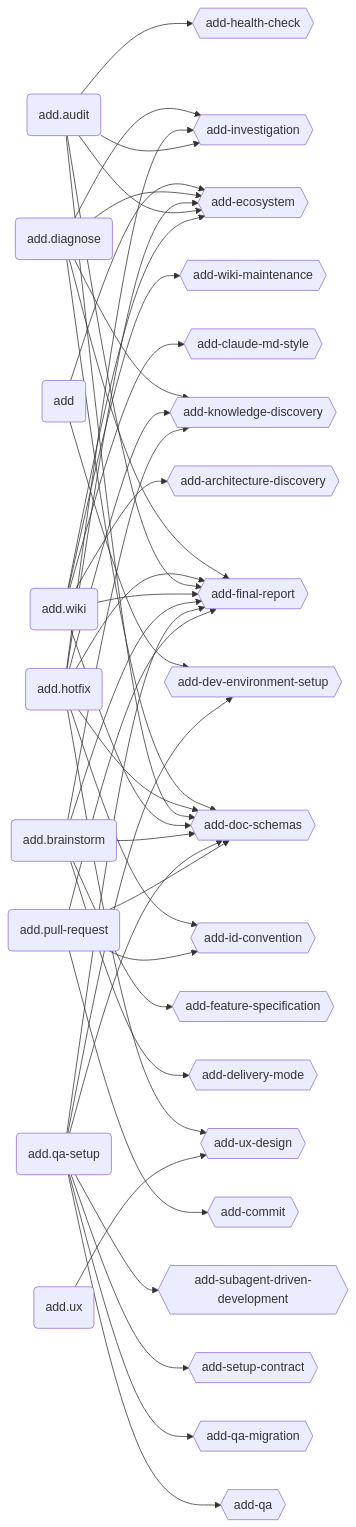
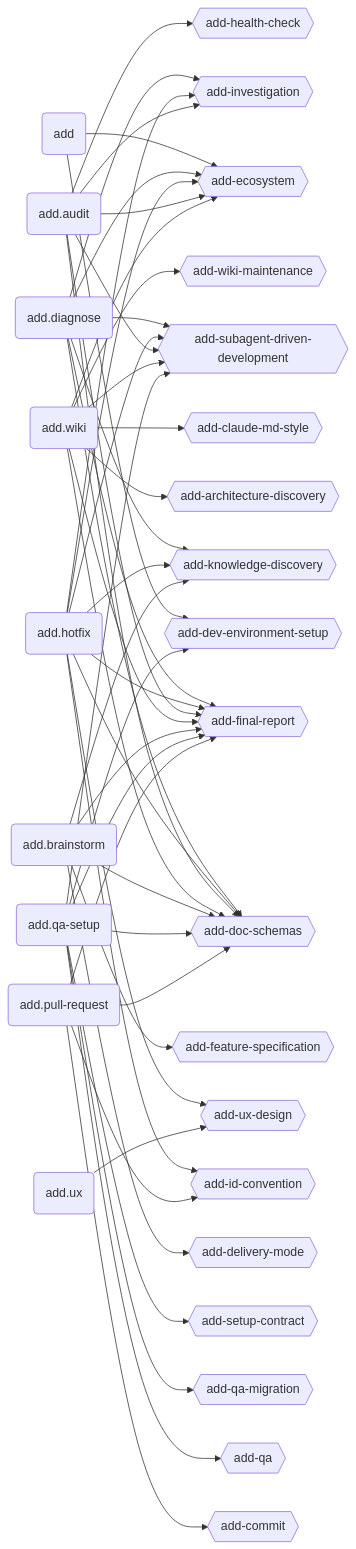
One commit to brabos-ai/code-addiction changed the second of 3 diagrams in ecosystem.md. Above: the diagram before and after it, drawn with Mermaid. The commit also changed other lines of this file and 2 other files, not shown here.

Commit message:
docs: sync ecosystem map after add-subagent-driven-development and reviewer-agent changes
Reflects two deltas since v1.1.0 that had drifted out of the public docs:
add-subagent-driven-development is now loaded by 7 more commands via its new
dispatch-rules.md reference, and reviewer-agent gained a conditional OWASP
Top 10 pass dispatched by /add.review on sensitive-area diffs.

````diff
--- a/ecosystem.md
+++ b/ecosystem.md
@@ -47,42 +47,42 @@
 ```mermaid
 graph LR
   ADD(add)
   DIAGNOSE(add.diagnose)
   HOTFIX(add.hotfix)
   AUDIT(add.audit)
   WIKI(add.wiki)
   BRAINSTORM(add.brainstorm)
   UX(add.ux)
   QASETUP(add.qa-setup)
   PULLREQUEST(add.pull-request)
 
   ARDI{{add-architecture-discovery}}
   CLMDST{{add-claude-md-style}}
   CO{{add-commit}}
   DEENSE{{add-dev-environment-setup}}
   DELMO{{add-delivery-mode}}
   DOSC{{add-doc-schemas}}
   EC{{add-ecosystem}}
   FESP{{add-feature-specification}}
   FINR{{add-final-report}}
   HECH{{add-health-check}}
   IDCO{{add-id-convention}}
   IN{{add-investigation}}
   KNDI{{add-knowledge-discovery}}
   QA{{add-qa}}
   QAMI{{add-qa-migration}}
   SECO{{add-setup-contract}}
   SDDA{{add-subagent-driven-development}}
   UXDE{{add-ux-design}}
   WIMA{{add-wiki-maintenance}}
 
   ADD --> DEENSE & EC
-  DIAGNOSE --> DOSC & EC & FINR & IN & KNDI
-  HOTFIX --> DOSC & EC & FINR & IDCO & IN & KNDI & UXDE
-  AUDIT --> DOSC & EC & FINR & HECH & IN
-  WIKI --> ARDI & CLMDST & DOSC & EC & FINR & WIMA
+  DIAGNOSE --> DOSC & EC & FINR & IN & KNDI & SDDA
+  HOTFIX --> DOSC & EC & FINR & IDCO & IN & KNDI & SDDA & UXDE
+  AUDIT --> DOSC & EC & FINR & HECH & IN & SDDA
+  WIKI --> ARDI & CLMDST & DOSC & EC & FINR & SDDA & WIMA
   BRAINSTORM --> DELMO & DOSC & FESP & FINR & KNDI
   UX --> UXDE
   QASETUP --> DEENSE & DOSC & FINR & QA & QAMI & SECO & SDDA
   PULLREQUEST --> CO & DOSC & FINR & IDCO
 ```
````
